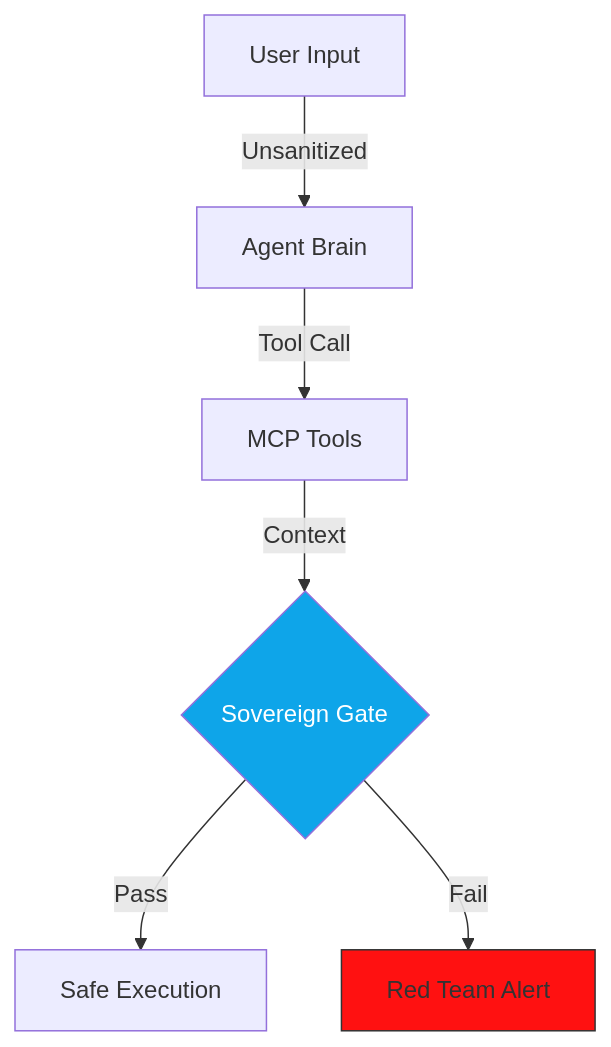
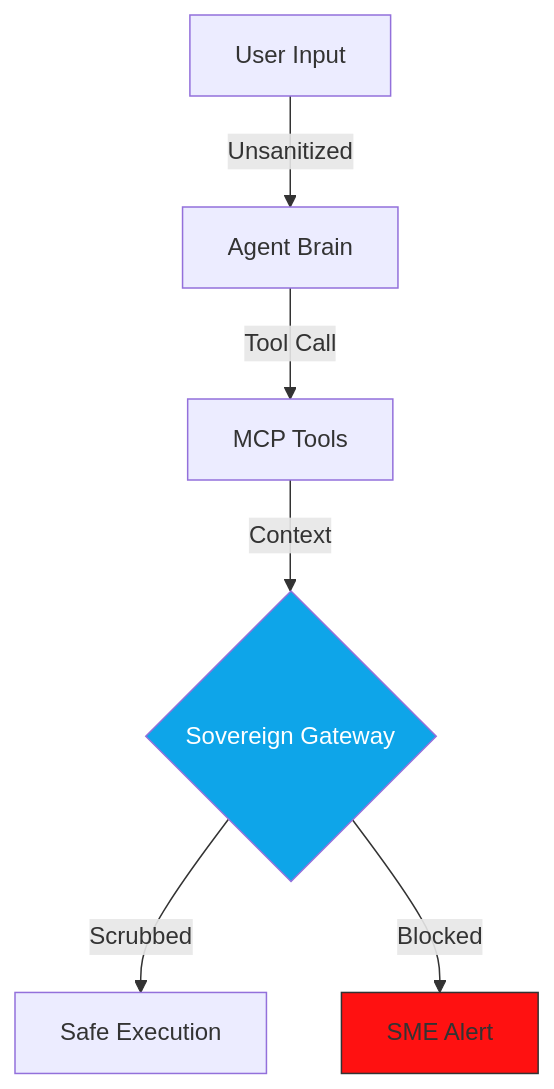
One commit to enriquekalven/agent-cockpit changed the diagram in docs/TECHNICAL_REDTEAM_GUIDE.md. Above: the diagram before and after it, drawn with Mermaid. The commit also changed other lines of this file and 51 other files, not shown here.

````diff
--- a/docs/TECHNICAL_REDTEAM_GUIDE.md
+++ b/docs/TECHNICAL_REDTEAM_GUIDE.md
@@ -52,10 +46,10 @@
 ```mermaid
 graph TD
     User[User Input] -->|Unsanitized| Brain[Agent Brain]
     Brain -->|Tool Call| Tools[MCP Tools]
-    Tools -->|Context| Gate{Sovereign Gate}
-    Gate -->|Pass| Exec[Safe Execution]
-    Gate -->|Fail| Block[Red Team Alert]
+    Tools -->|Context| Gate{Sovereign Gateway}
+    Gate -->|Scrubbed| Exec[Safe Execution]
+    Gate -->|Blocked| Alert[SME Alert]
     style Gate fill:#0ea5e9,color:#fff
-    style Block fill:#f11,stroke:#333
+    style Alert fill:#f11,stroke:#333
 ```
````
